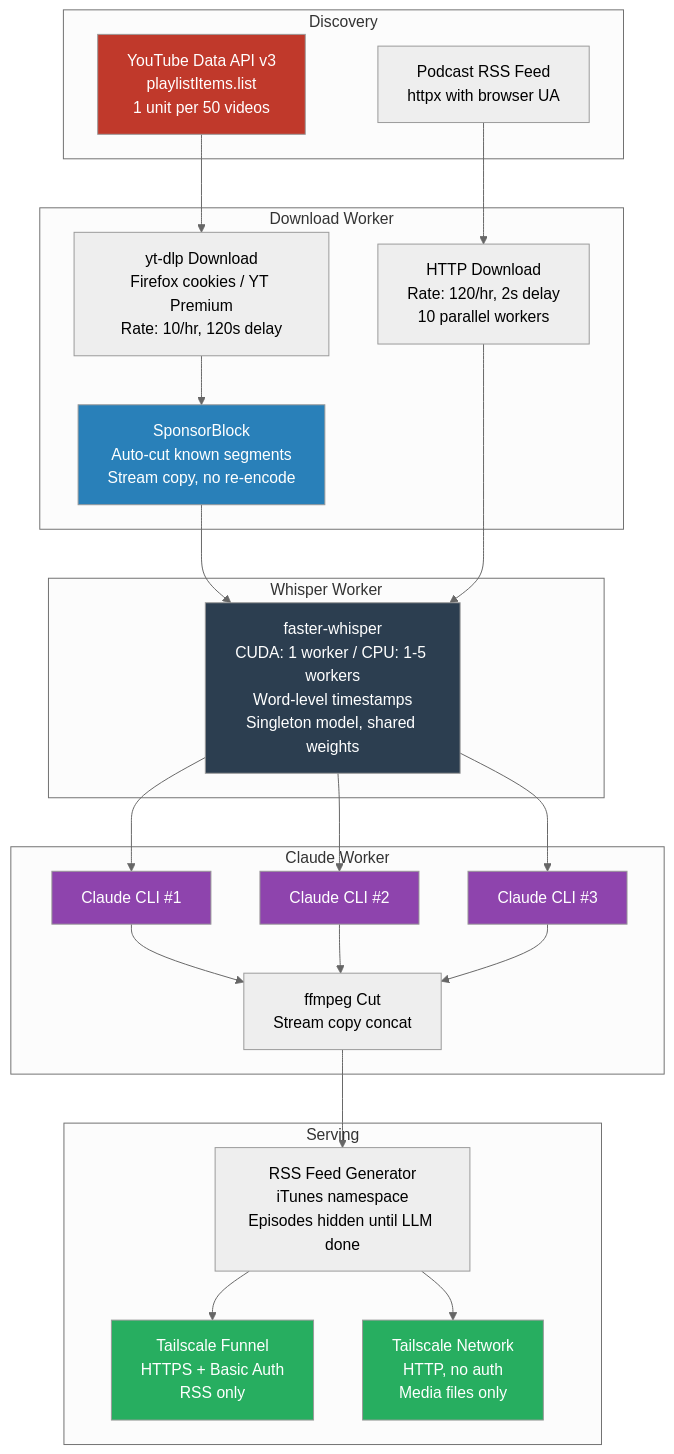
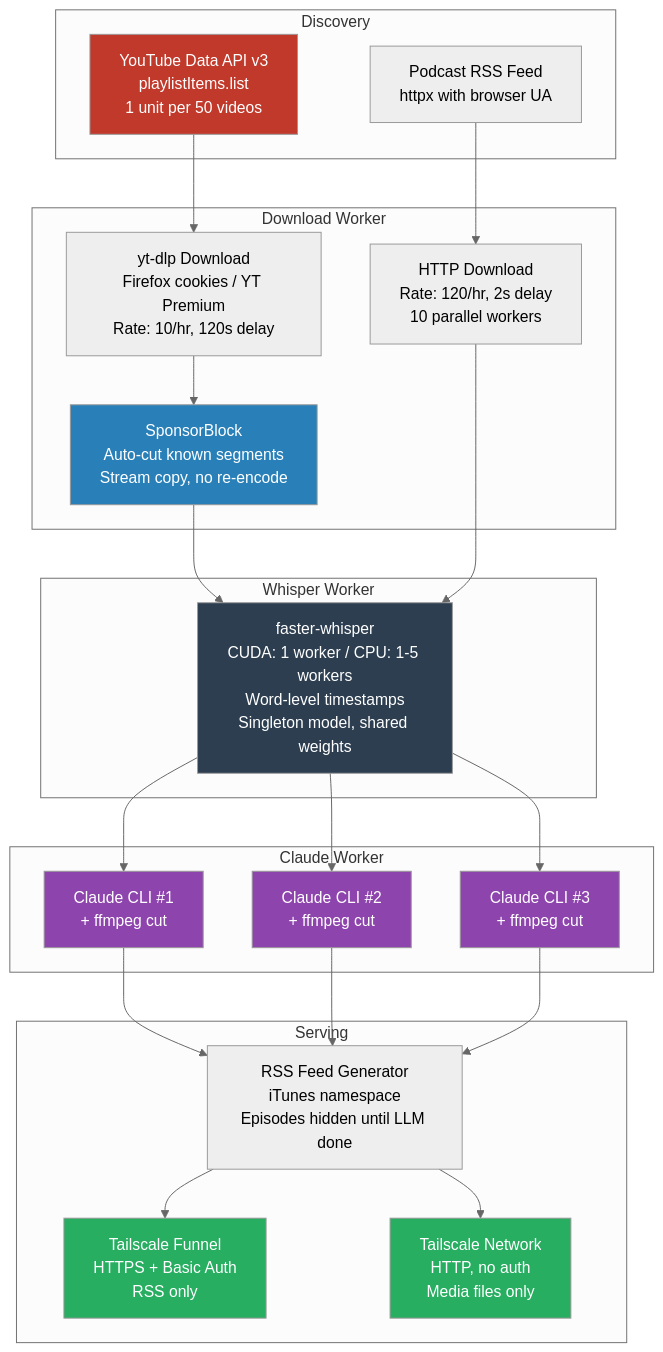
One commit to cwilliams5/Siphon changed the diagram in README.md. Above: the diagram before and after it, drawn with Mermaid (neutral theme).

Commit message:
Fix README diagram: each Claude worker runs its own ffmpeg cut

````diff
--- a/README.md
+++ b/README.md
@@ -23,54 +23,52 @@
 ```mermaid
 flowchart TB
     subgraph Discovery
         YT_API[YouTube Data API v3<br/>playlistItems.list<br/>1 unit per 50 videos]
         POD_RSS[Podcast RSS Feed<br/>httpx with browser UA]
     end
 
     subgraph Download Worker
         YT_DL[yt-dlp Download<br/>Firefox cookies / YT Premium<br/>Rate: 10/hr, 120s delay]
         SB[SponsorBlock<br/>Auto-cut known segments<br/>Stream copy, no re-encode]
         POD_DL[HTTP Download<br/>Rate: 120/hr, 2s delay<br/>10 parallel workers]
         YT_DL --> SB
     end
 
     subgraph Whisper Worker
         WHISPER[faster-whisper<br/>CUDA: 1 worker / CPU: 1-5 workers<br/>Word-level timestamps<br/>Singleton model, shared weights]
     end
 
     subgraph Claude Worker
-        CLAUDE1[Claude CLI #1]
-        CLAUDE2[Claude CLI #2]
-        CLAUDE3[Claude CLI #3]
-        FFMPEG[ffmpeg Cut<br/>Stream copy concat]
-        CLAUDE1 --> FFMPEG
-        CLAUDE2 --> FFMPEG
-        CLAUDE3 --> FFMPEG
+        CLAUDE1[Claude CLI #1<br/>+ ffmpeg cut]
+        CLAUDE2[Claude CLI #2<br/>+ ffmpeg cut]
+        CLAUDE3[Claude CLI #3<br/>+ ffmpeg cut]
     end
 
     subgraph Serving
         RSS_GEN[RSS Feed Generator<br/>iTunes namespace<br/>Episodes hidden until LLM done]
         FUNNEL[Tailscale Funnel<br/>HTTPS + Basic Auth<br/>RSS only]
         TAILNET[Tailscale Network<br/>HTTP, no auth<br/>Media files only]
         RSS_GEN --> FUNNEL
         RSS_GEN --> TAILNET
     end
 
     YT_API --> YT_DL
     POD_RSS --> POD_DL
     SB --> WHISPER
     POD_DL --> WHISPER
     WHISPER --> CLAUDE1
     WHISPER --> CLAUDE2
     WHISPER --> CLAUDE3
-    FFMPEG --> RSS_GEN
+    CLAUDE1 --> RSS_GEN
+    CLAUDE2 --> RSS_GEN
+    CLAUDE3 --> RSS_GEN
 
     style YT_API fill:#c0392b,color:#fff
     style WHISPER fill:#2c3e50,color:#fff
     style CLAUDE1 fill:#8e44ad,color:#fff
     style CLAUDE2 fill:#8e44ad,color:#fff
     style CLAUDE3 fill:#8e44ad,color:#fff
     style SB fill:#2980b9,color:#fff
     style FUNNEL fill:#27ae60,color:#fff
     style TAILNET fill:#27ae60,color:#fff
 ```
````
